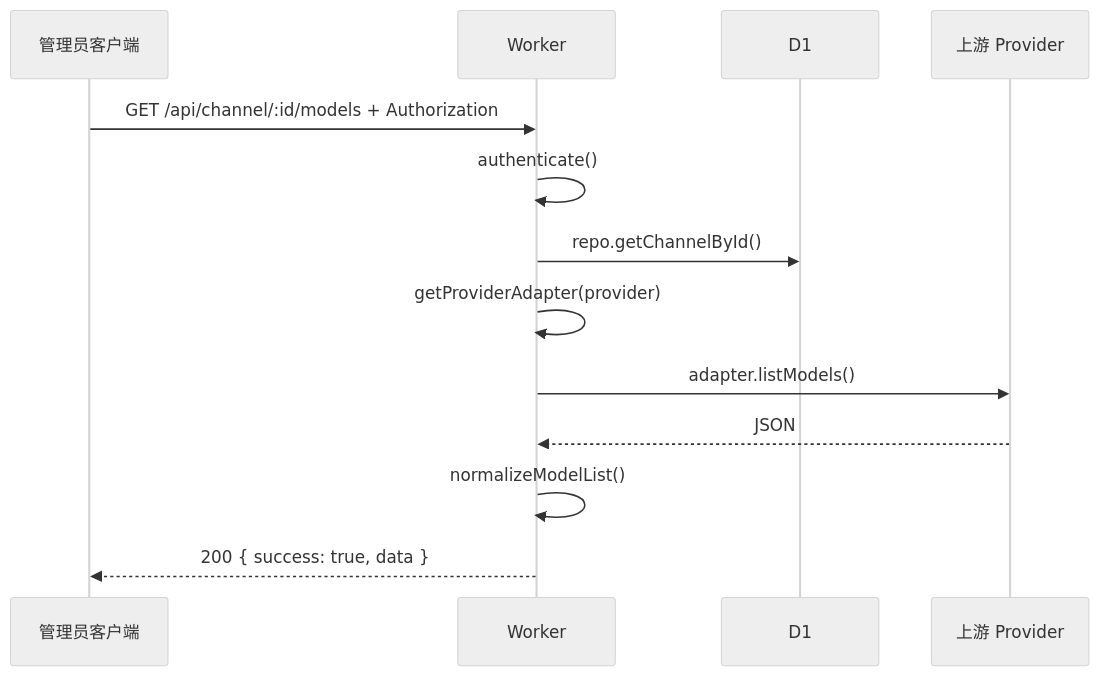
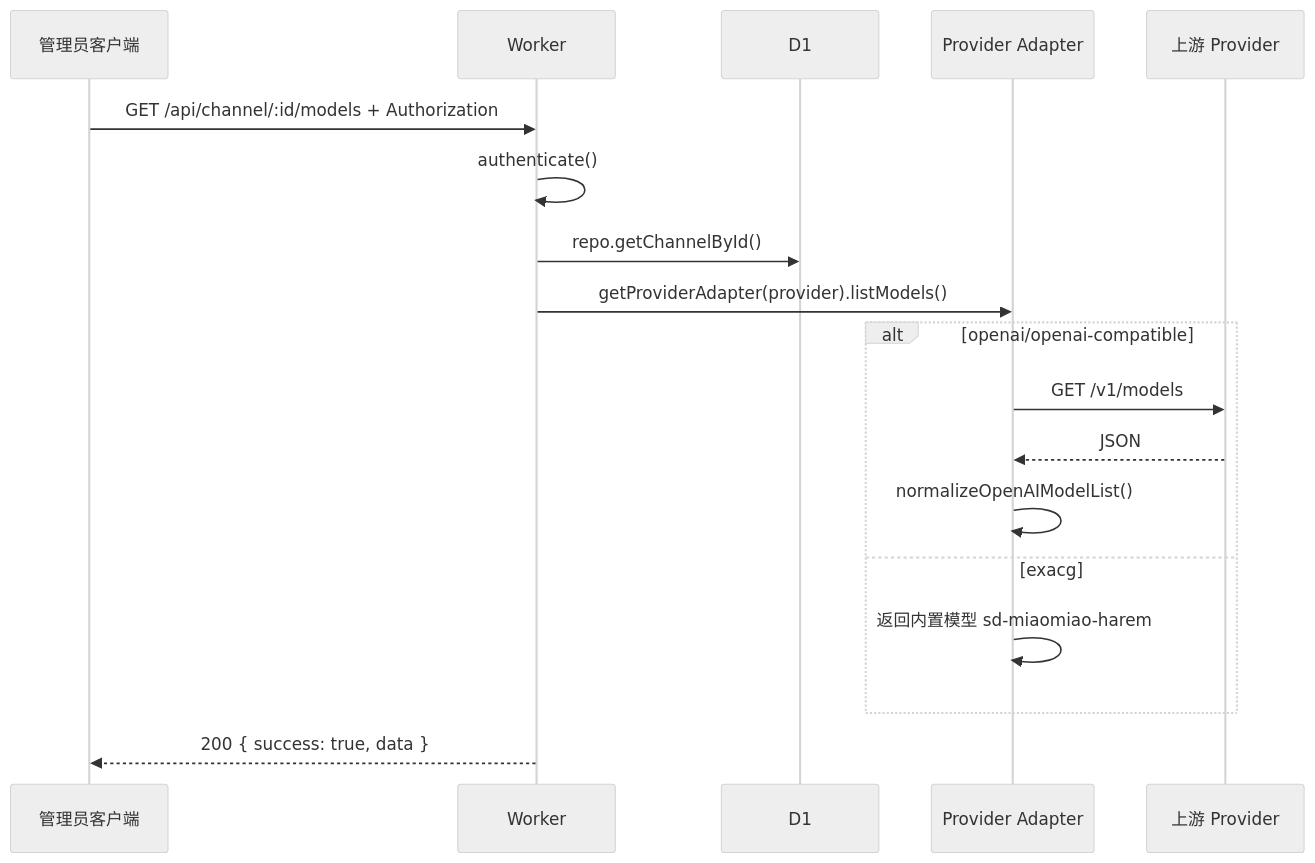
The fourth of 8 diagrams in DEVELOPMENT.md (excing/open-ai-gateway), drawn with Mermaid (neutral theme) before and after one commit. The commit also changed other lines of this file, not shown here.

Commit message:
feat: update Exacg adapter to return built-in model and enhance model selection logic

````diff
--- a/DEVELOPMENT.md
+++ b/DEVELOPMENT.md
@@ -140,16 +141,21 @@
 ```mermaid
 sequenceDiagram
     participant C as 管理员客户端
     participant W as Worker
     participant DB as D1
+    participant A as Provider Adapter
     participant P as 上游 Provider
 
     C->>W: GET /api/channel/:id/models + Authorization
     W->>W: authenticate()
     W->>DB: repo.getChannelById()
-    W->>W: getProviderAdapter(provider)
-    W->>P: adapter.listModels()
-    P-->>W: JSON
-    W->>W: normalizeModelList()
+    W->>A: getProviderAdapter(provider).listModels()
+    alt openai/openai-compatible
+        A->>P: GET /v1/models
+        P-->>A: JSON
+        A->>A: normalizeOpenAIModelList()
+    else exacg
+        A->>A: 返回内置模型 sd-miaomiao-harem
+    end
     W-->>C: 200 { success: true, data }
 ```
````
